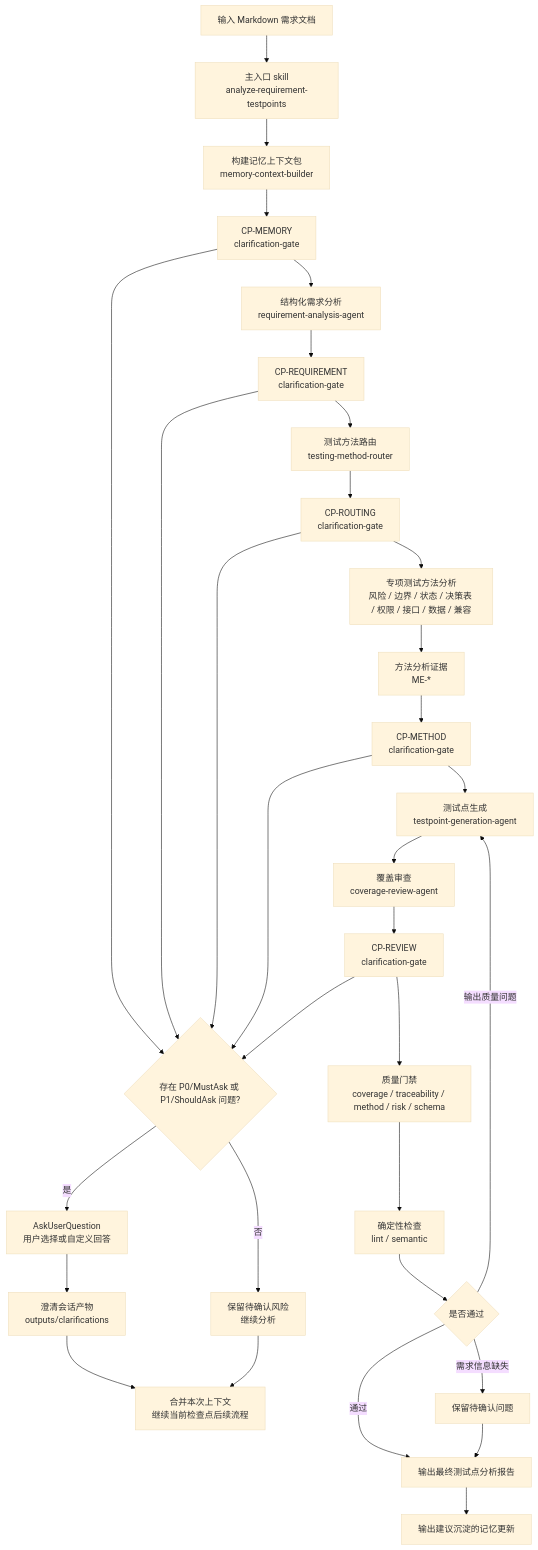
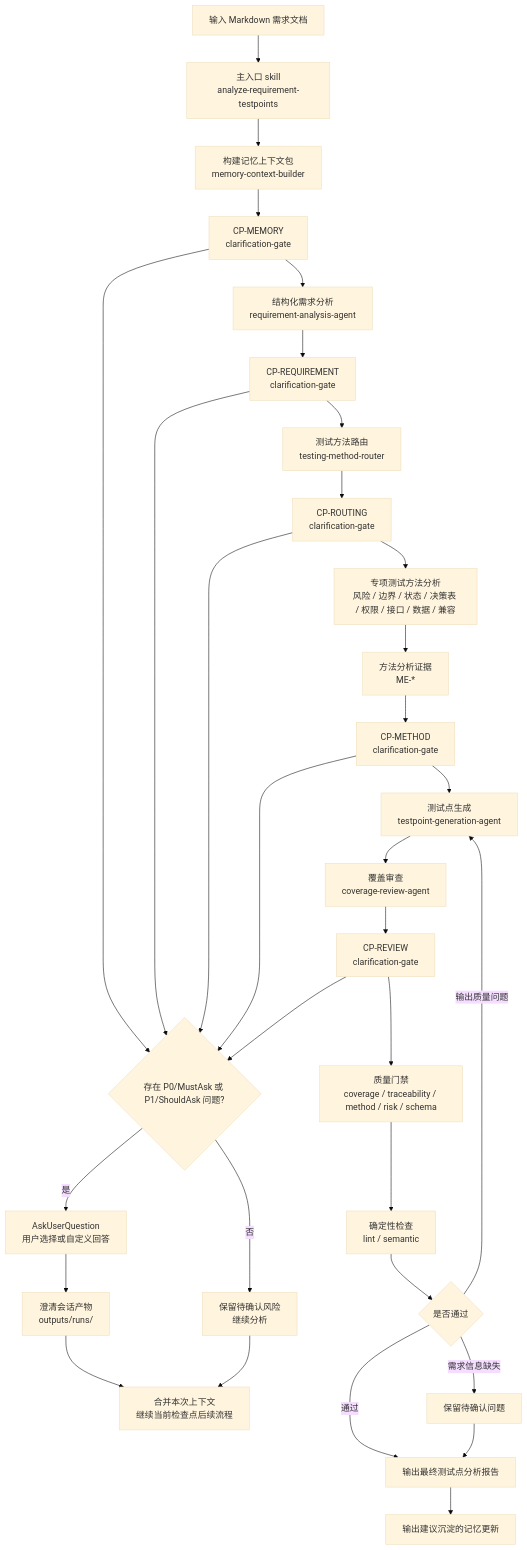
The third of 8 diagrams in docs/test-analysis-agent-design.md (szluoqy-byte/Test-Analysis-Agent), drawn with Mermaid (base theme) before and after one commit. The commit also changed other lines of this file and 14 other files, not shown here.

````diff
--- a/docs/test-analysis-agent-design.md
+++ b/docs/test-analysis-agent-design.md
@@ -172,34 +175,34 @@
 ```mermaid
 flowchart TD
   A["输入 Markdown 需求文档"] --> B["主入口 skill\nanalyze-requirement-testpoints"]
   B --> C["构建记忆上下文包\nmemory-context-builder"]
   C --> C1["CP-MEMORY\nclarification-gate"]
   C1 --> D["结构化需求分析\nrequirement-analysis-agent"]
   D --> C2["CP-REQUIREMENT\nclarification-gate"]
   C2 --> E["测试方法路由\ntesting-method-router"]
   E --> C3["CP-ROUTING\nclarification-gate"]
   C3 --> F["专项测试方法分析\n风险 / 边界 / 状态 / 决策表 / 权限 / 接口 / 数据 / 兼容"]
   F --> EV["方法分析证据\nME-*"]
   EV --> C4["CP-METHOD\nclarification-gate"]
   C4 --> G["测试点生成\ntestpoint-generation-agent"]
   G --> H["覆盖审查\ncoverage-review-agent"]
   H --> C5["CP-REVIEW\nclarification-gate"]
   C1 --> Ask{"存在 P0/MustAsk 或 P1/ShouldAsk 问题?"}
   C2 --> Ask
   C3 --> Ask
   C4 --> Ask
   C5 --> Ask
   Ask -- "是" --> AUQ["AskUserQuestion\n用户选择或自定义回答"]
-  AUQ --> CS["澄清会话产物\noutputs/clarifications"]
+  AUQ --> CS["澄清会话产物\noutputs/runs/<run-id>"]
   CS --> Resume["合并本次上下文\n继续当前检查点后续流程"]
   Ask -- "否" --> Risk["保留待确认风险\n继续分析"]
   Risk --> Resume
   C5 --> I["质量门禁\ncoverage / traceability / method / risk / schema"]
   I --> J["确定性检查\nlint / semantic"]
   J --> K{"是否通过"}
   K -- "通过" --> L["输出最终测试点分析报告"]
   K -- "输出质量问题" --> G
   K -- "需求信息缺失" --> M["保留待确认问题"]
   M --> L
   L --> N["输出建议沉淀的记忆更新"]
 ```
````
